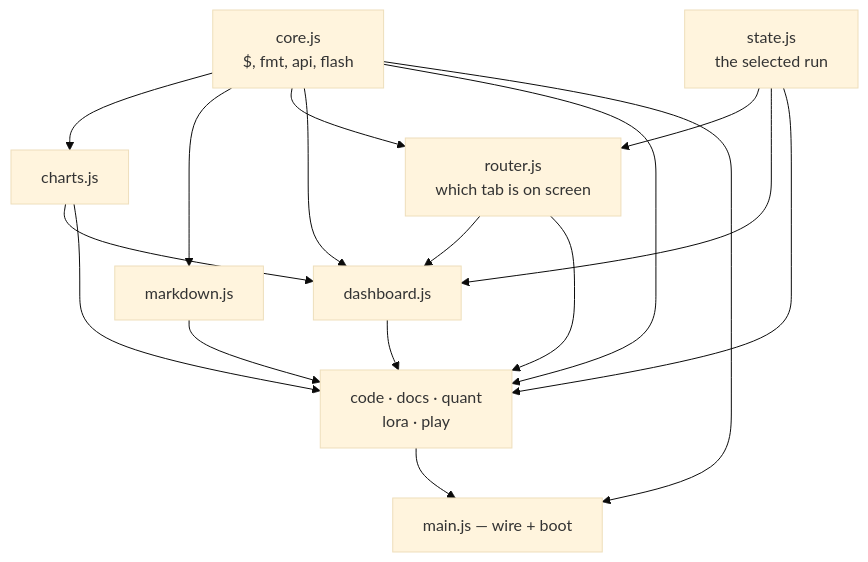
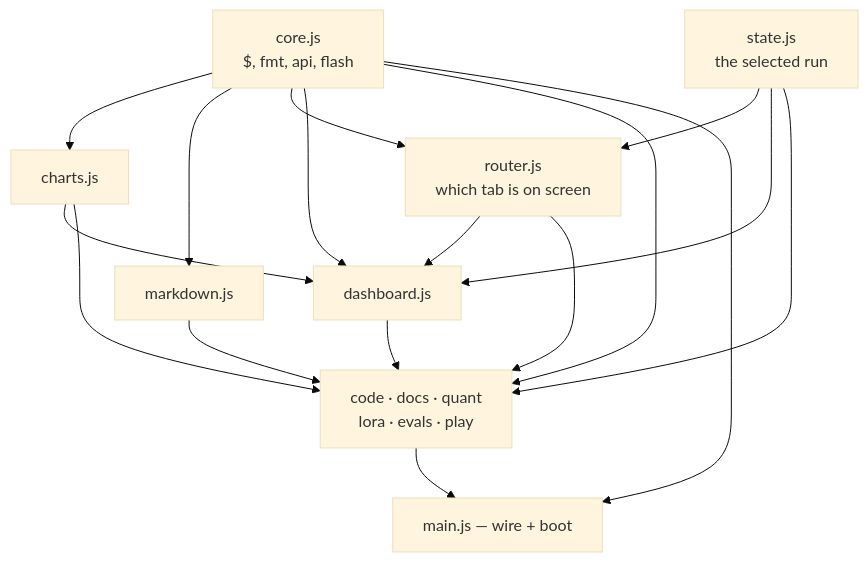
The fifth of 5 diagrams in docs/09-running-and-watching.md (kunwarmahen/aksharallm), drawn with Mermaid (base theme) before and after one commit. The commit also changed other lines of this file and 29 other files, not shown here.

````diff
--- a/docs/09-running-and-watching.md
+++ b/docs/09-running-and-watching.md
@@ -220,19 +230,19 @@
 ```mermaid
 flowchart TD
     core["core.js<br/>$, fmt, api, flash"]
     state["state.js<br/>the selected run"]
     router["router.js<br/>which tab is on screen"]
     charts["charts.js"]
     md["markdown.js"]
     dash["dashboard.js"]
-    tabs["code · docs · quant<br/>lora · play"]
+    tabs["code · docs · quant<br/>lora · evals · play"]
     main["main.js — wire + boot"]
 
     core --> charts & md & router & dash & tabs & main
     state --> router & dash & tabs
     router --> dash & tabs
     charts --> dash & tabs
     md --> tabs
     dash --> tabs
     tabs --> main
 ```
````
